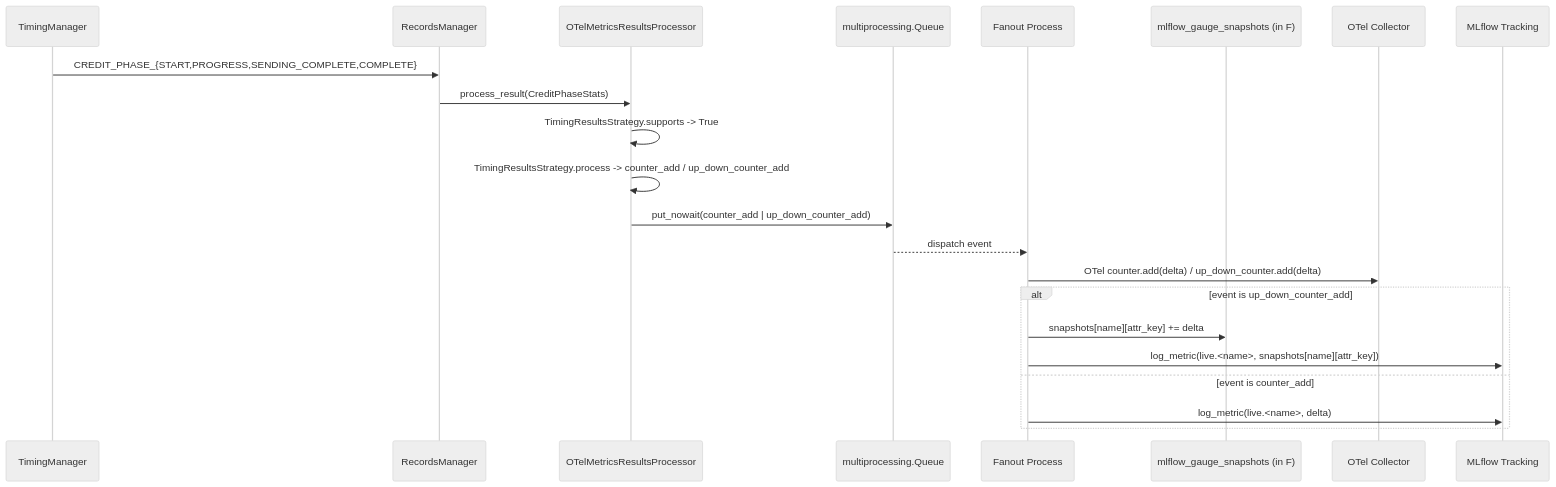
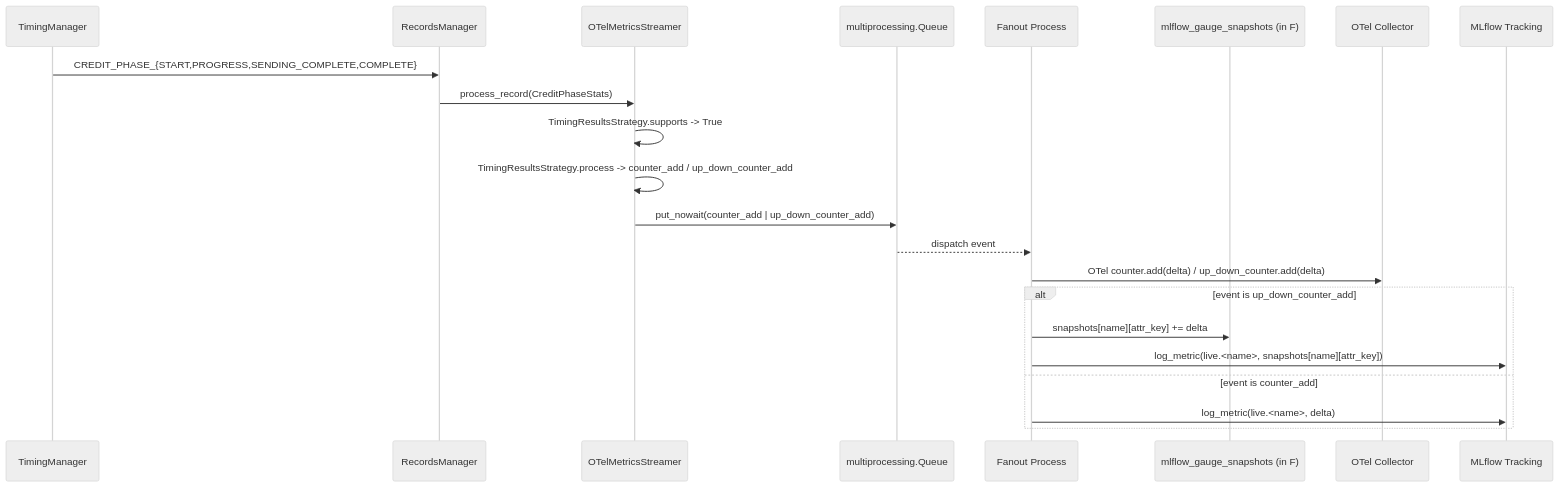
The third of 3 diagrams in docs/architecture.md (ai-dynamo/aiperf), drawn with Mermaid (neutral theme) before and after one commit. The commit also changed other lines of this file and 78 other files, not shown here.

````diff
--- a/docs/architecture.md
+++ b/docs/architecture.md
@@ -347,25 +347,25 @@
 ```mermaid
 sequenceDiagram
     participant T as TimingManager
     participant RM as RecordsManager
-    participant OP as OTelMetricsResultsProcessor
+    participant OP as OTelMetricsStreamer
     participant Q as multiprocessing.Queue
     participant F as Fanout Process
     participant S as mlflow_gauge_snapshots (in F)
     participant C as OTel Collector
     participant M as MLflow Tracking
 
     T->>RM: CREDIT_PHASE_{START,PROGRESS,SENDING_COMPLETE,COMPLETE}
-    RM->>OP: process_result(CreditPhaseStats)
+    RM->>OP: process_record(CreditPhaseStats)
     OP->>OP: TimingResultsStrategy.supports -> True
     OP->>OP: TimingResultsStrategy.process -> counter_add / up_down_counter_add
     OP->>Q: put_nowait(counter_add | up_down_counter_add)
     Q-->>F: dispatch event
     F->>C: OTel counter.add(delta) / up_down_counter.add(delta)
     alt event is up_down_counter_add
         F->>S: snapshots[name][attr_key] += delta
         F->>M: log_metric(live.<name>, snapshots[name][attr_key])
     else event is counter_add
         F->>M: log_metric(live.<name>, delta)
     end
 ```
````
